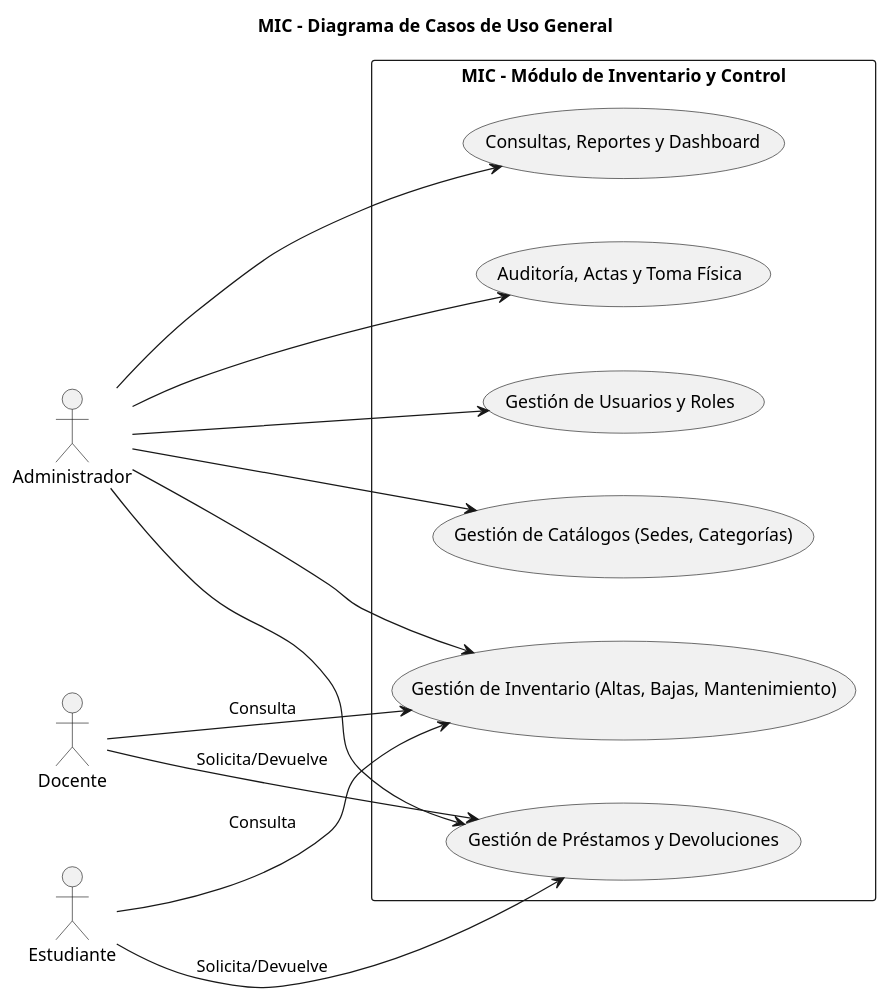
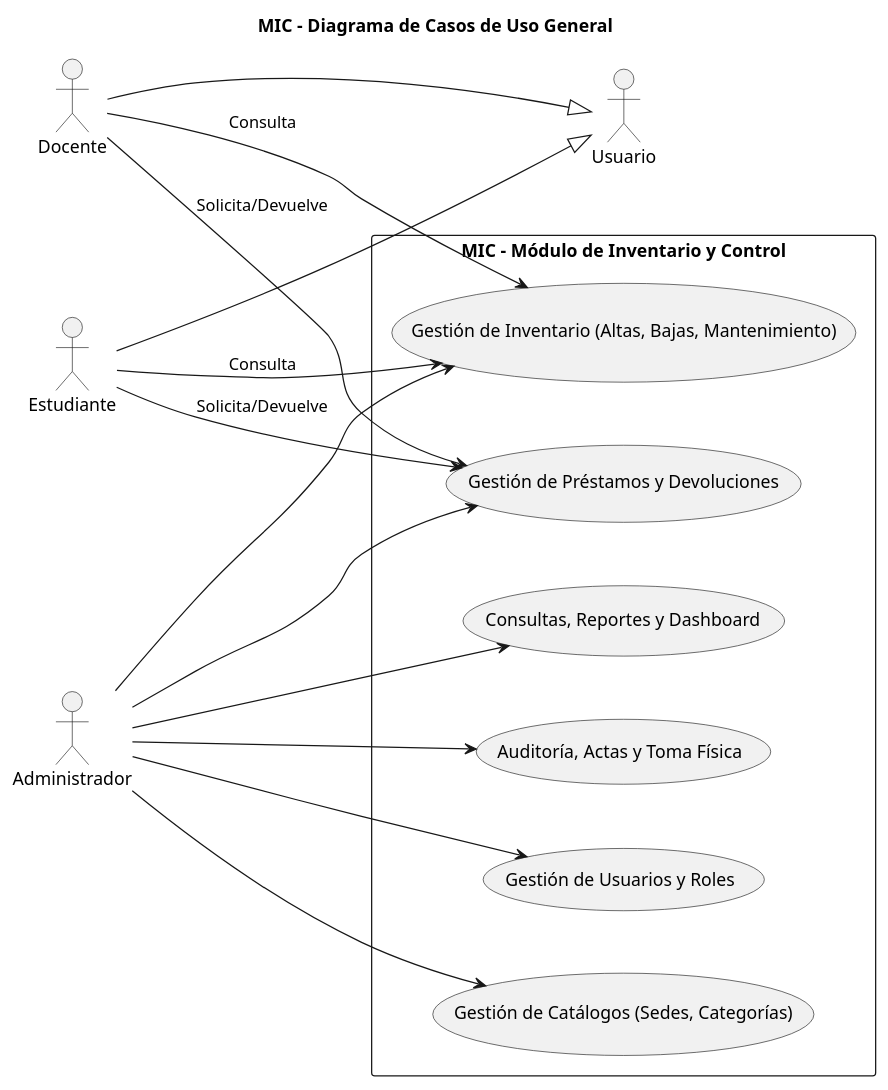
One commit to garciaperezdidier17-svg/MIC changed the diagram in diagrams/casos_uso_general.puml. Above: the diagram before and after it, drawn with PlantUML. The commit also changed 41 other files, not shown here.

```diff
--- a/diagrams/casos_uso_general.puml
+++ b/diagrams/casos_uso_general.puml
@@ -1,39 +1,42 @@
 @startuml
 title MIC - Diagrama de Casos de Uso General
 left to right direction
 skinparam packageStyle rectangle
 skinparam nodesep 50
 skinparam ranksep 100
 
 actor "Administrador" as Admin
+actor "Usuario" as Usuario
 actor "Docente" as Docente
 actor "Estudiante" as Estudiante
+Docente --|> Usuario
+Estudiante --|> Usuario
 
 package "MIC - Módulo de Inventario y Control" {
   
   usecase "Gestión de Usuarios y Roles" as ModUsuarios
   usecase "Gestión de Catálogos (Sedes, Categorías)" as ModCatalogos
   usecase "Gestión de Inventario (Altas, Bajas, Mantenimiento)" as ModInventario
   usecase "Gestión de Préstamos y Devoluciones" as ModPrestamos
   usecase "Consultas, Reportes y Dashboard" as ModReportes
   usecase "Auditoría, Actas y Toma Física" as ModAuditoria
   
 }
 
 ' Relaciones del Administrador
 Admin --> ModUsuarios
 Admin --> ModCatalogos
 Admin --> ModInventario
 Admin --> ModPrestamos
 Admin --> ModReportes
 Admin --> ModAuditoria
 
 ' Relaciones del Docente
 Docente --> ModInventario : "Consulta"
 Docente --> ModPrestamos : "Solicita/Devuelve"
 
 ' Relaciones del Estudiante
 Estudiante --> ModInventario : "Consulta"
 Estudiante --> ModPrestamos : "Solicita/Devuelve"
 
 @enduml
```
